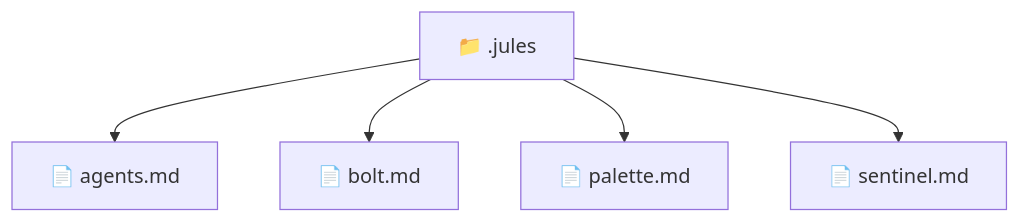
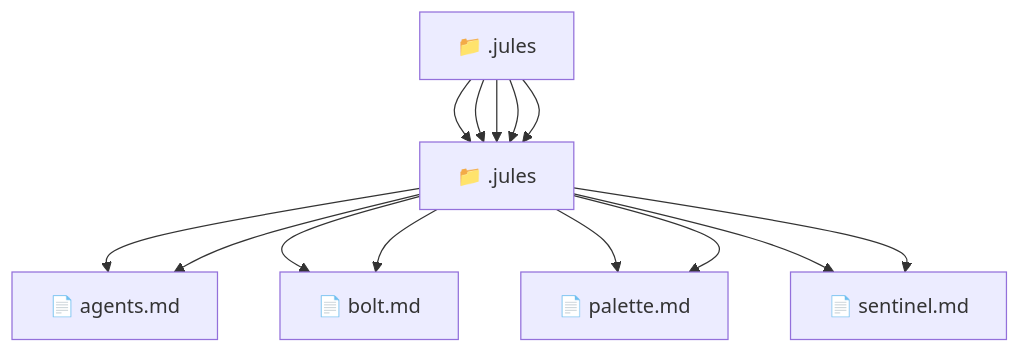
One commit to beginwebdev2002/fullstack-mavluda changed the diagram in .jules/README.md. Above: the diagram before and after it, drawn with Mermaid. The commit also changed 167 other files, not shown here.

````diff
--- a/.jules/README.md
+++ b/.jules/README.md
@@ -9,8 +9,14 @@
 ```mermaid
 graph TD
+  Root__jules["📁 .jules"]
   _jules["📁 .jules"]
+  Root__jules --> _jules
   _jules --> agents_md["📄 agents.md"]
+  Root__jules --> _jules --> agents_md
   _jules --> bolt_md["📄 bolt.md"]
+  Root__jules --> _jules --> bolt_md
   _jules --> palette_md["📄 palette.md"]
+  Root__jules --> _jules --> palette_md
   _jules --> sentinel_md["📄 sentinel.md"]
+  Root__jules --> _jules --> sentinel_md
 ```
````
